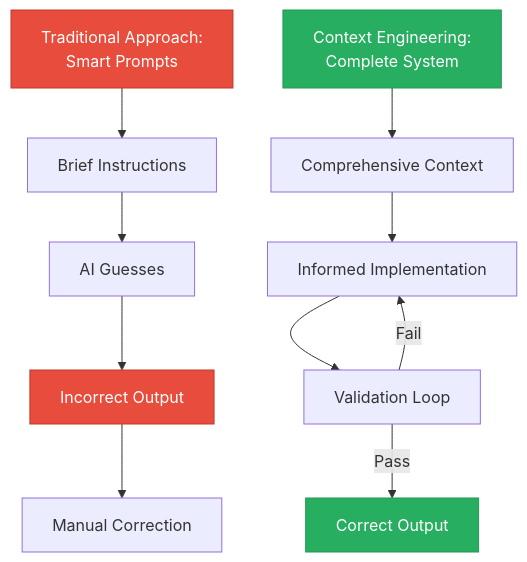
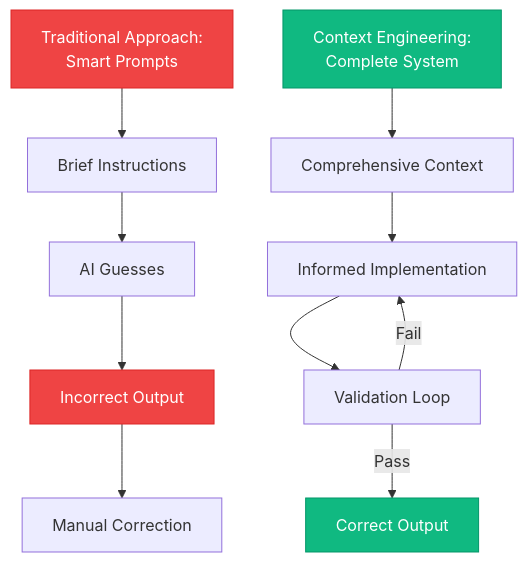
The diagram in ce-hands-on-tutorial.md (bprzybys-nc/ce-demo), drawn with Mermaid before and after one commit. The commit also changed 3 other files, not shown here.

````diff
--- a/ce-hands-on-tutorial.md
+++ b/ce-hands-on-tutorial.md
@@ -65,18 +65,18 @@
 ```mermaid
 graph TD
     A["Traditional Approach:<br/>Smart Prompts"] --> B["Brief Instructions"]
     B --> C["AI Guesses"]
     C --> D["Incorrect Output"]
     D --> E["Manual Correction"]
 
     F["Context Engineering:<br/>Complete System"] --> G["Comprehensive Context"]
     G --> H["Informed Implementation"]
     H --> I["Validation Loop"]
     I -->|Pass| J["Correct Output"]
     I -->|Fail| H
 
-    style A fill:#E74C3C,stroke:#C0392B,color:#fff
-    style F fill:#27AE60,stroke:#229954,color:#fff
-    style J fill:#27AE60,stroke:#229954,color:#fff
-    style D fill:#E74C3C,stroke:#C0392B,color:#fff
+    style A fill:#EF4444,stroke:#DC2626,color:#fff
+    style F fill:#10B981,stroke:#059669,color:#fff
+    style J fill:#10B981,stroke:#059669,color:#fff
+    style D fill:#EF4444,stroke:#DC2626,color:#fff
 ```
````
